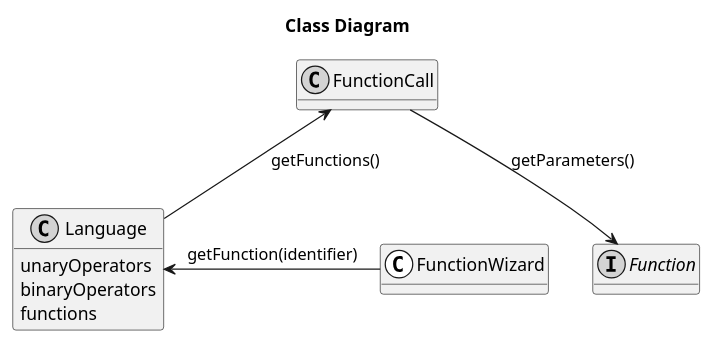
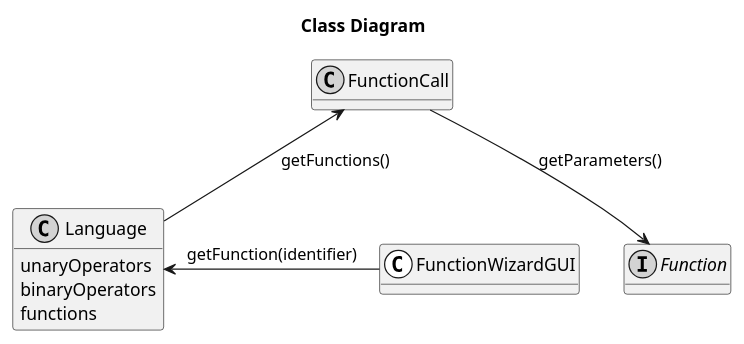
Before and after one commit to PeFerreira98/ISEP.Lic.LAPR4_2017: the diagram in src/main/java/lapr4/blue/s1/lang/n1140948/functionwizard/lang04.1_classDiagram.puml, drawn with PlantUML. The commit also changed 3 other files, not shown here.

Commit message:
LAPR4E17DL-122 #comment Implementation start. Function Wizard GUI base created and creation of the controller class #time 1h20m

```diff
--- a/src/main/java/lapr4/blue/s1/lang/n1140948/functionwizard/lang04.1_classDiagram.puml
+++ b/src/main/java/lapr4/blue/s1/lang/n1140948/functionwizard/lang04.1_classDiagram.puml
@@ -1,29 +1,29 @@
 @startuml lang04.1_classDiagram.png
 
     skinparam monochrome true
     hide methods
 
     title Class Diagram
 
-    class FunctionWizard << (C, white) >>{
+    class FunctionWizardGUI << (C, white) >>{
     }
 
     interface Function << (I, lightgray) >>{
     }
 
     class Language << (C, lightgray) >>{
         unaryOperators
         binaryOperators
         functions
     }
 
     class FunctionCall << (C, lightgray) >>{
     }
 
     FunctionCall --> Function : getParameters()
 
     Language -up-> FunctionCall : getFunctions()
 
-    FunctionWizard -left-> Language : getFunction(identifier)
+    FunctionWizardGUI -left-> Language : getFunction(identifier)
 
 @enduml
```
